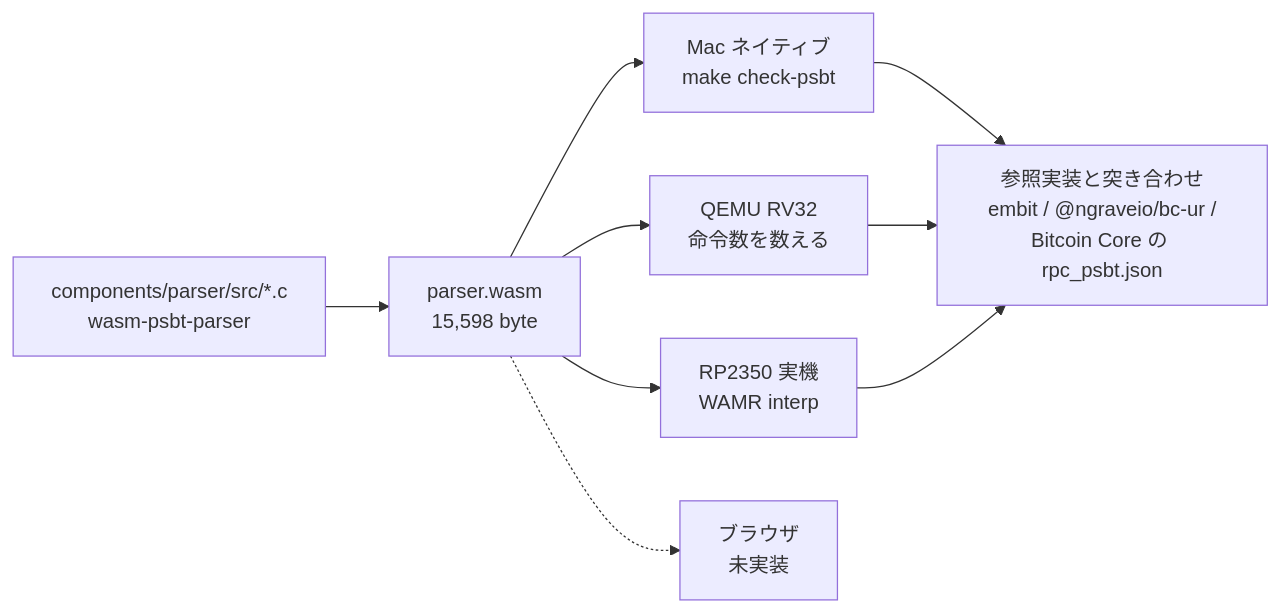
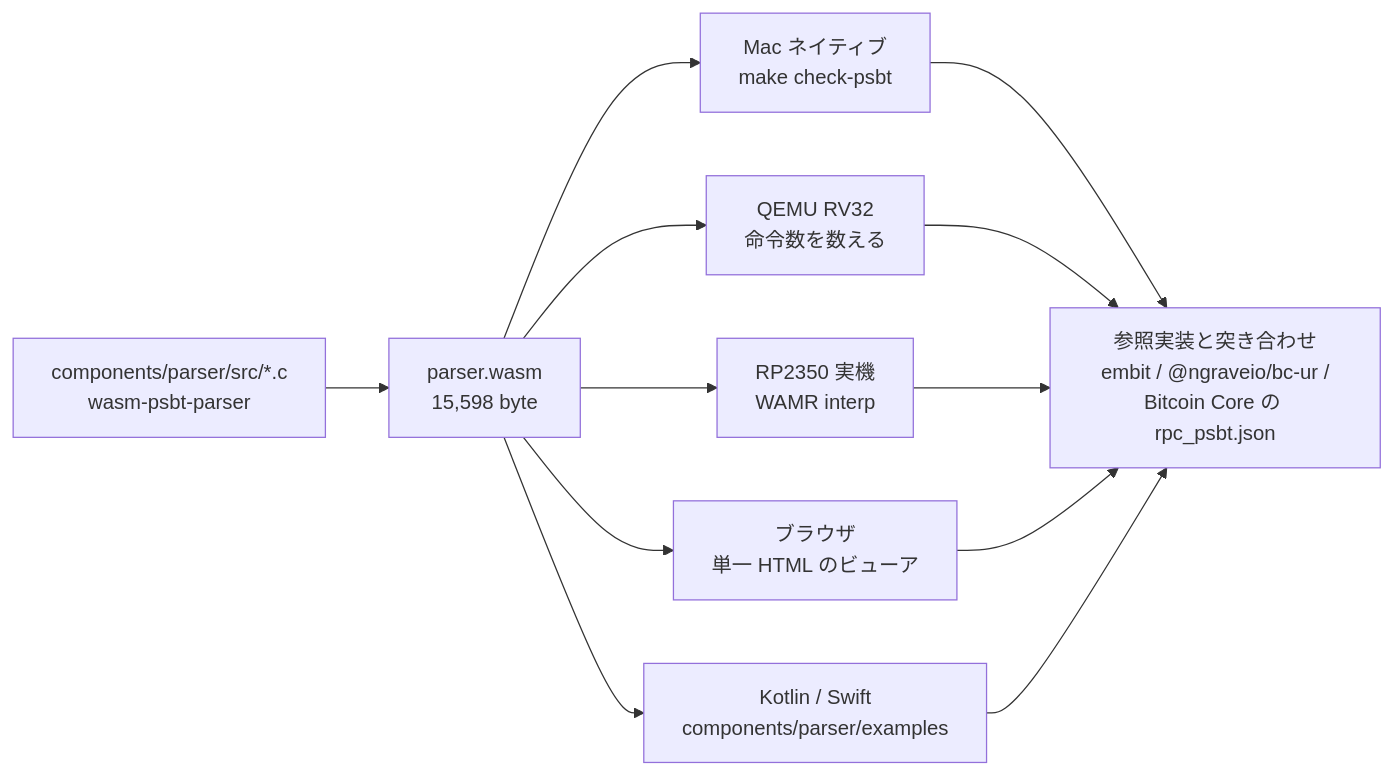
One commit to habakan/jitsu-in-pico changed the third of 4 diagrams in docs/architecture.md. Above: the diagram before and after it, drawn with Mermaid. The commit also changed other lines of this file and 2 other files, not shown here.

Commit message:
fix: third_party を commit で固定する
secp256k1 を master の先頭から取っていた。署名器の依存としては受け入れられない。

````diff
--- a/docs/architecture.md
+++ b/docs/architecture.md
@@ -91,11 +91,14 @@
 ```mermaid
 flowchart LR
     src["components/parser/src/*.c<br/>wasm-psbt-parser"] --> wasm["parser.wasm<br/>15,598 byte"]
     wasm --> mac["Mac ネイティブ<br/>make check-psbt"]
     wasm --> qemu["QEMU RV32<br/>命令数を数える"]
     wasm --> dev["RP2350 実機<br/>WAMR interp"]
-    wasm -.-> browser["ブラウザ<br/>未実装"]
+    wasm --> browser["ブラウザ<br/>単一 HTML のビューア"]
+    wasm --> other["Kotlin / Swift<br/>components/parser/examples"]
     mac --> ref["参照実装と突き合わせ<br/>embit / @ngraveio/bc-ur /<br/>Bitcoin Core の rpc_psbt.json"]
     qemu --> ref
     dev --> ref
+    browser --> ref
+    other --> ref
 ```
````
